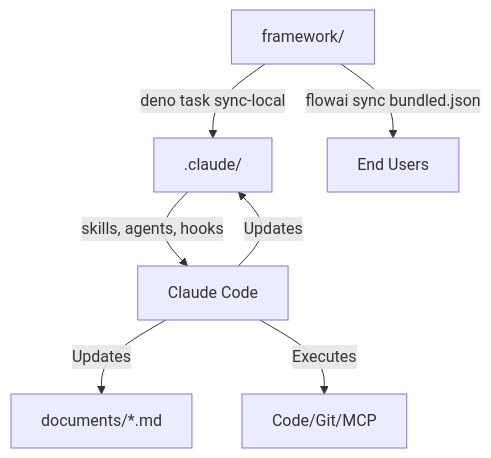
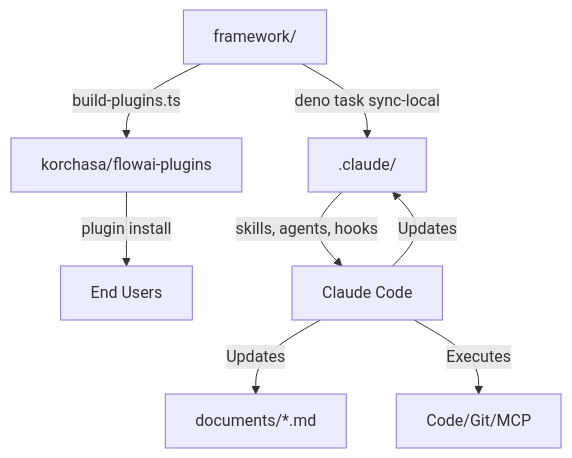
Before and after one commit to korchasa/flowai: the first of 2 diagrams in documents/design.md, drawn with Mermaid. The commit also changed other lines of this file and 23 other files, not shown here.

````diff
--- a/documents/design.md
+++ b/documents/design.md
@@ -12,9 +12,10 @@
   ```mermaid
   graph TD
     Packs[framework/] -->|deno task sync-local| Claude[.claude/]
-    Packs -->|flowai sync bundled.json| Users[End Users]
+    Packs -->|build-plugins.ts| Marketplace[korchasa/flowai-plugins]
+    Marketplace -->|plugin install| Users[End Users]
     Claude -->|skills, agents, hooks| IDE[Claude Code]
     IDE -->|Updates| Docs[documents/*.md]
     IDE -->|Executes| Actions[Code/Git/MCP]
     IDE -->|Updates| Claude
   ```
````
